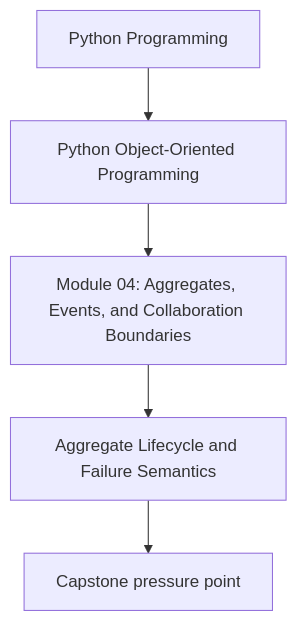
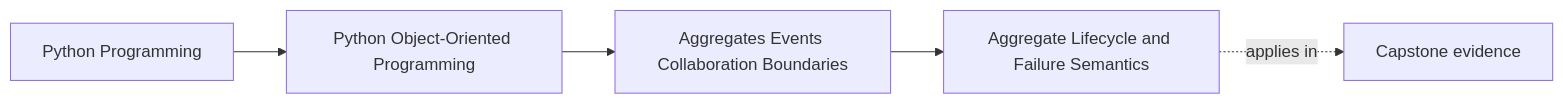
Before and after one commit to bijux/bijux-masterclass: the first of 2 diagrams in programs/python-programming/python-object-oriented-programming/course-book/module-04-aggregates-events-collaboration-boundaries/aggregate-lifecycle-and-failure-semantics.md, drawn with Mermaid. The commit also changed other lines of this file and 65 other files, not shown here.

Commit message:
docs(python-object-oriented-programming): map object model and design foundations

````diff
--- a/programs/python-programming/python-object-oriented-programming/course-book/module-04-aggregates-events-collaboration-boundaries/aggregate-lifecycle-and-failure-semantics.md
+++ b/programs/python-programming/python-object-oriented-programming/course-book/module-04-aggregates-events-collaboration-boundaries/aggregate-lifecycle-and-failure-semantics.md
@@ -7,7 +7,11 @@
 ```mermaid
-flowchart TD
-  family["Python Programming"] --> program["Python Object-Oriented Programming"]
-  program --> module["Module 04: Aggregates, Events, and Collaboration Boundaries"]
-  module --> concept["Aggregate Lifecycle and Failure Semantics"]
-  concept --> capstone["Capstone pressure point"]
+graph LR
+  family["Python Programming"]
+  program["Python Object-Oriented Programming"]
+  section["Aggregates Events Collaboration Boundaries"]
+  page["Aggregate Lifecycle and Failure Semantics"]
+  capstone["Capstone evidence"]
+
+  family --> program --> section --> page
+  page -.applies in.-> capstone
 ```
````
